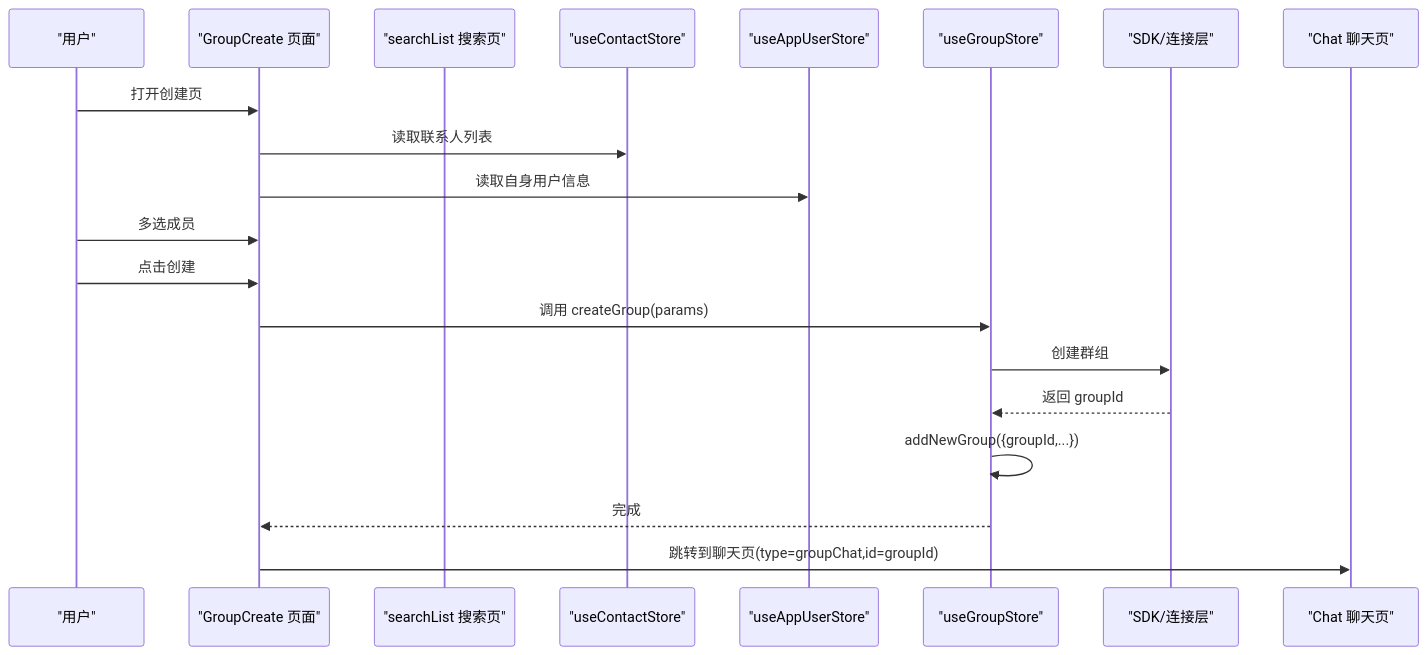
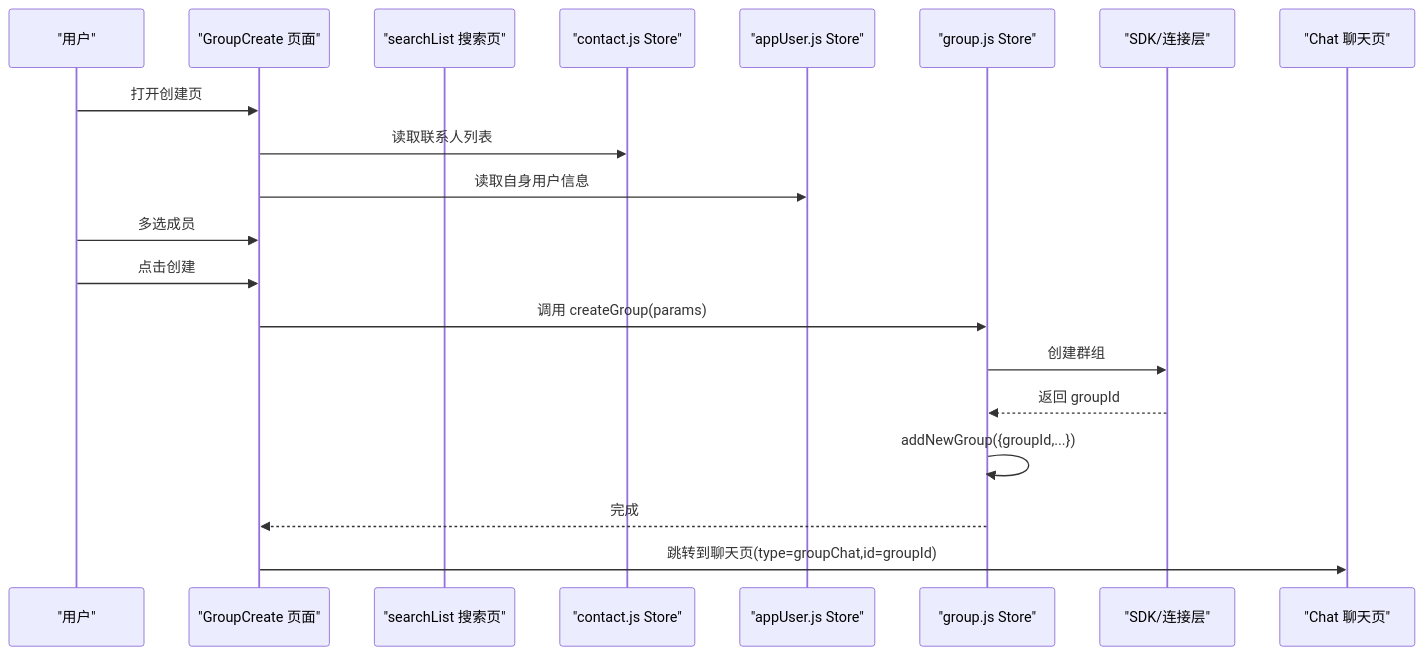
The fifth of 9 diagrams in .qoder/repowiki/zh/content/群组模块/群组模块.md (Easemob-Community/easemob-uikit-uniapp-community), drawn with Mermaid before and after one commit. The commit also changed other lines of this file and 14 other files, not shown here.

````diff
--- a/.qoder/repowiki/zh/content/群组模块/群组模块.md
+++ b/.qoder/repowiki/zh/content/群组模块/群组模块.md
@@ -198,22 +200,22 @@
 ```mermaid
 sequenceDiagram
 participant U as "用户"
 participant GC as "GroupCreate 页面"
 participant GSL as "searchList 搜索页"
-participant CS as "useContactStore"
-participant AS as "useAppUserStore"
-participant GS as "useGroupStore"
+participant CS as "contact.js Store"
+participant AS as "appUser.js Store"
+participant GS as "group.js Store"
 participant SDK as "SDK/连接层"
 participant CH as "Chat 聊天页"
 U->>GC : 打开创建页
 GC->>CS : 读取联系人列表
 GC->>AS : 读取自身用户信息
 U->>GC : 多选成员
 U->>GC : 点击创建
 GC->>GS : 调用 createGroup(params)
 GS->>SDK : 创建群组
 SDK-->>GS : 返回 groupId
 GS->>GS : addNewGroup({groupId,...})
 GS-->>GC : 完成
 GC->>CH : 跳转到聊天页(type=groupChat,id=groupId)
 ```
````
